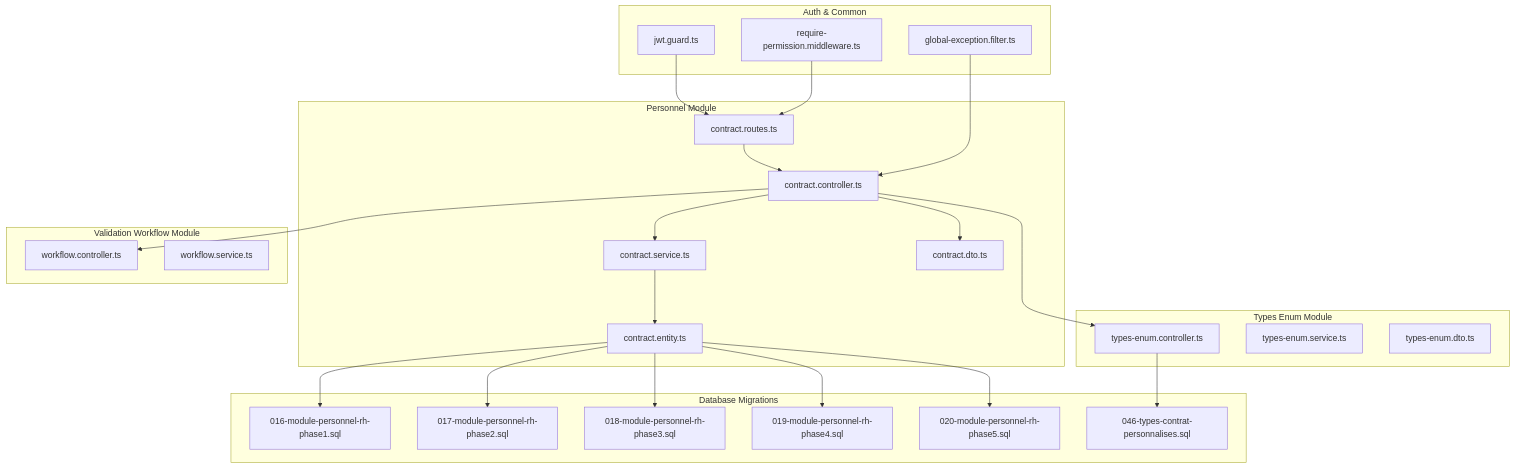
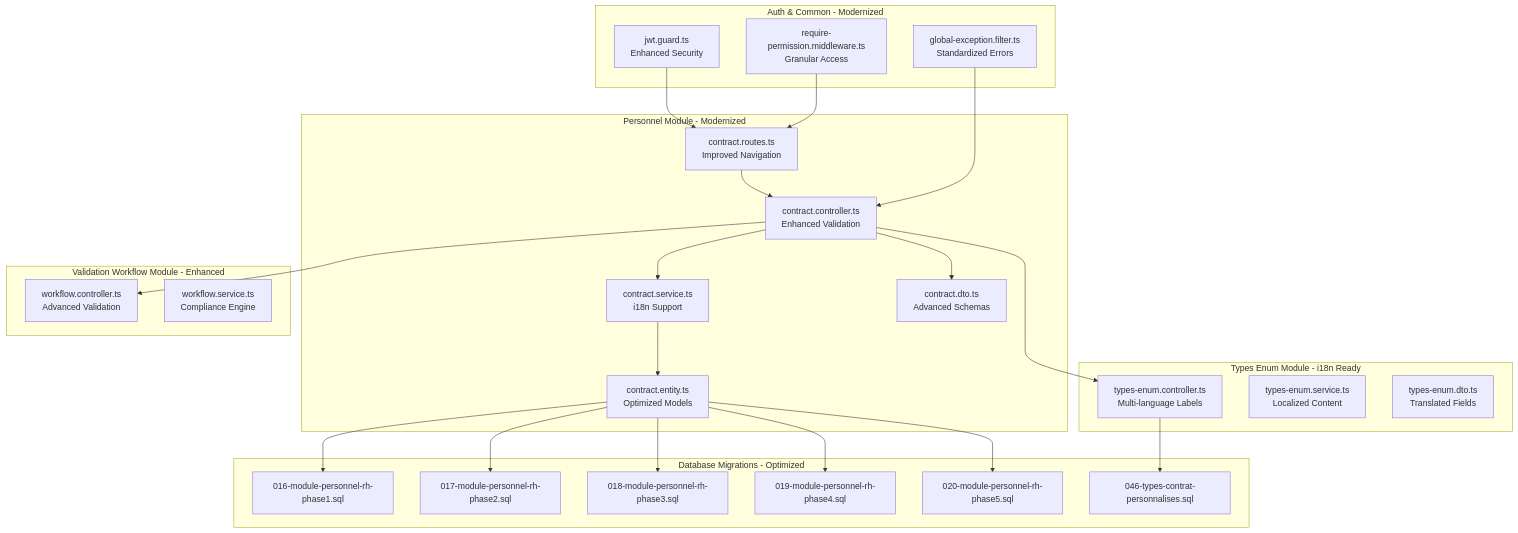
Before and after one commit to franckylab/eLISAschool: the first of 5 diagrams in .qoder/repowiki/en/content/API Reference/Human Resources API/Personnel Administration API/Contract Management API.md, drawn with Mermaid. The commit also changed other lines of this file and 102 other files, not shown here.

````diff
--- a/.qoder/repowiki/en/content/API Reference/Human Resources API/Personnel Administration API/Contract Management API.md
+++ b/.qoder/repowiki/en/content/API Reference/Human Resources API/Personnel Administration API/Contract Management API.md
@@ -52,47 +66,47 @@
 ```mermaid
 graph TB
-subgraph "Personnel Module"
-CCtrl["contract.controller.ts"]
-CSvc["contract.service.ts"]
-CDTO["contract.dto.ts"]
-CEnt["contract.entity.ts"]
-CRoutes["contract.routes.ts"]
+subgraph "Personnel Module - Modernized"
+CCtrl["contract.controller.ts<br/>Enhanced Validation"]
+CSvc["contract.service.ts<br/>i18n Support"]
+CDTO["contract.dto.ts<br/>Advanced Schemas"]
+CEnt["contract.entity.ts<br/>Optimized Models"]
+CRoutes["contract.routes.ts<br/>Improved Navigation"]
 end
-subgraph "Types Enum Module"
-TCtrl["types-enum.controller.ts"]
-TSvc["types-enum.service.ts"]
-TDTO["types-enum.dto.ts"]
+subgraph "Types Enum Module - i18n Ready"
+TCtrl["types-enum.controller.ts<br/>Multi-language Labels"]
+TSvc["types-enum.service.ts<br/>Localized Content"]
+TDTO["types-enum.dto.ts<br/>Translated Fields"]
 end
-subgraph "Validation Workflow Module"
-WCtrl["workflow.controller.ts"]
-WSvc["workflow.service.ts"]
+subgraph "Validation Workflow Module - Enhanced"
+WCtrl["workflow.controller.ts<br/>Advanced Validation"]
+WSvc["workflow.service.ts<br/>Compliance Engine"]
 end
-subgraph "Auth & Common"
-JGuard["jwt.guard.ts"]
-PermMW["require-permission.middleware.ts"]
-GFilter["global-exception.filter.ts"]
+subgraph "Auth & Common - Modernized"
+JGuard["jwt.guard.ts<br/>Enhanced Security"]
+PermMW["require-permission.middleware.ts<br/>Granular Access"]
+GFilter["global-exception.filter.ts<br/>Standardized Errors"]
 end
-subgraph "Database Migrations"
+subgraph "Database Migrations - Optimized"
 M16["016-module-personnel-rh-phase1.sql"]
 M17["017-module-personnel-rh-phase2.sql"]
 M18["018-module-personnel-rh-phase3.sql"]
 M19["019-module-personnel-rh-phase4.sql"]
 M20["020-module-personnel-rh-phase5.sql"]
 M46["046-types-contrat-personnalises.sql"]
 end
 CRoutes --> CCtrl
 CCtrl --> CSvc
 CSvc --> CEnt
 CCtrl --> CDTO
 CCtrl --> TCtrl
 CCtrl --> WCtrl
 JGuard --> CRoutes
 PermMW --> CRoutes
 GFilter --> CCtrl
 CEnt --> M16
 CEnt --> M17
 CEnt --> M18
 CEnt --> M19
 CEnt --> M20
 TCtrl --> M46
 ```
````
